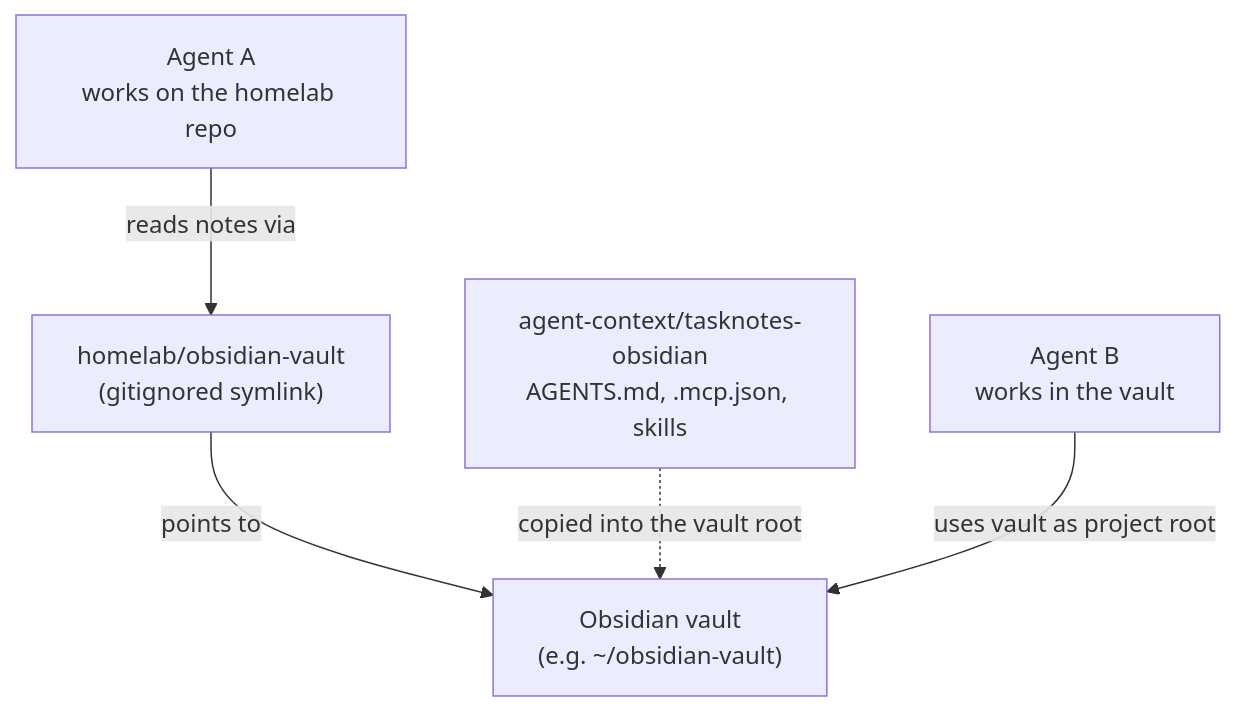
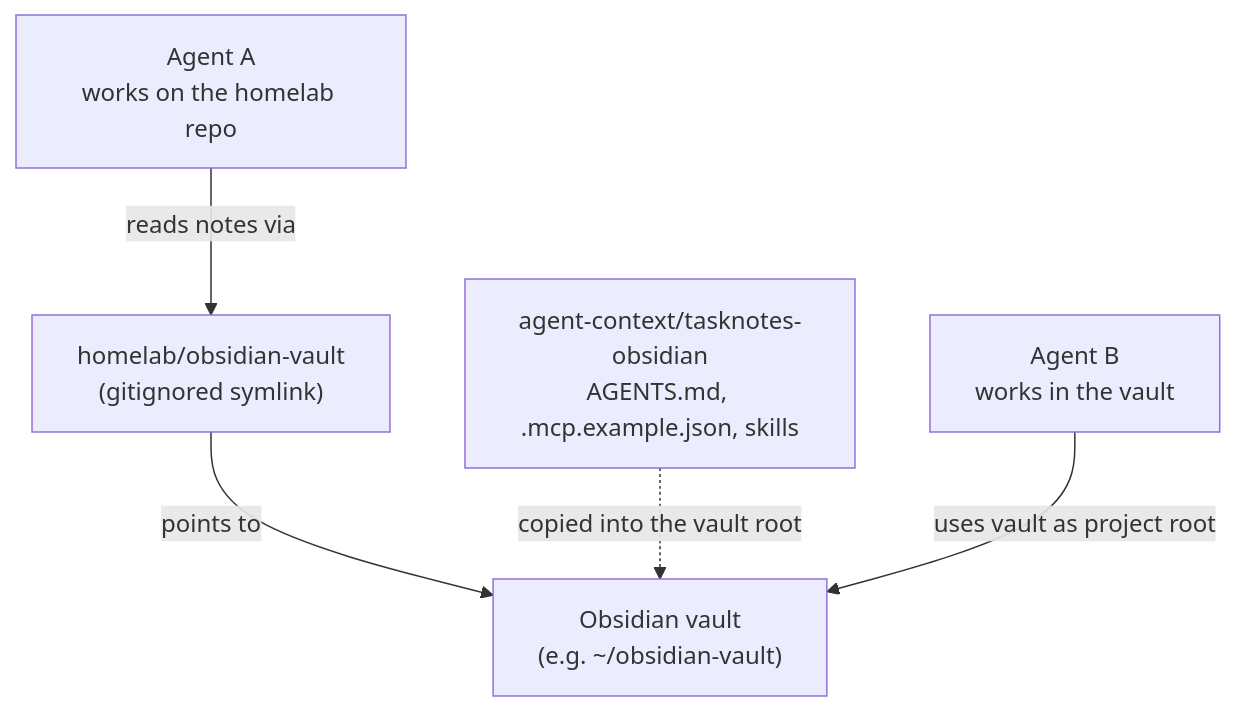
One commit to zainibeats/homelab changed the diagram in agent-context/README.md. Above: the diagram before and after it, drawn with Mermaid. The commit also changed 4 other files, not shown here.

Commit message:
refactor(agent-context): track .mcp.example.json instead of .mcp.json

````diff
--- a/agent-context/README.md
+++ b/agent-context/README.md
@@ -7,13 +7,13 @@
 ```mermaid
 flowchart TD
     vault["Obsidian vault<br/>(e.g. ~/obsidian-vault)"]
     link["homelab/obsidian-vault<br/>(gitignored symlink)"]
-    bundle["agent-context/tasknotes-obsidian<br/>AGENTS.md, .mcp.json, skills"]
+    bundle["agent-context/tasknotes-obsidian<br/>AGENTS.md, .mcp.example.json, skills"]
     a["Agent A<br/>works on the homelab repo"]
     b["Agent B<br/>works in the vault"]
 
     link -->|points to| vault
     bundle -.->|copied into the vault root| vault
     a -->|reads notes via| link
     b -->|uses vault as project root| vault
 ```
````
